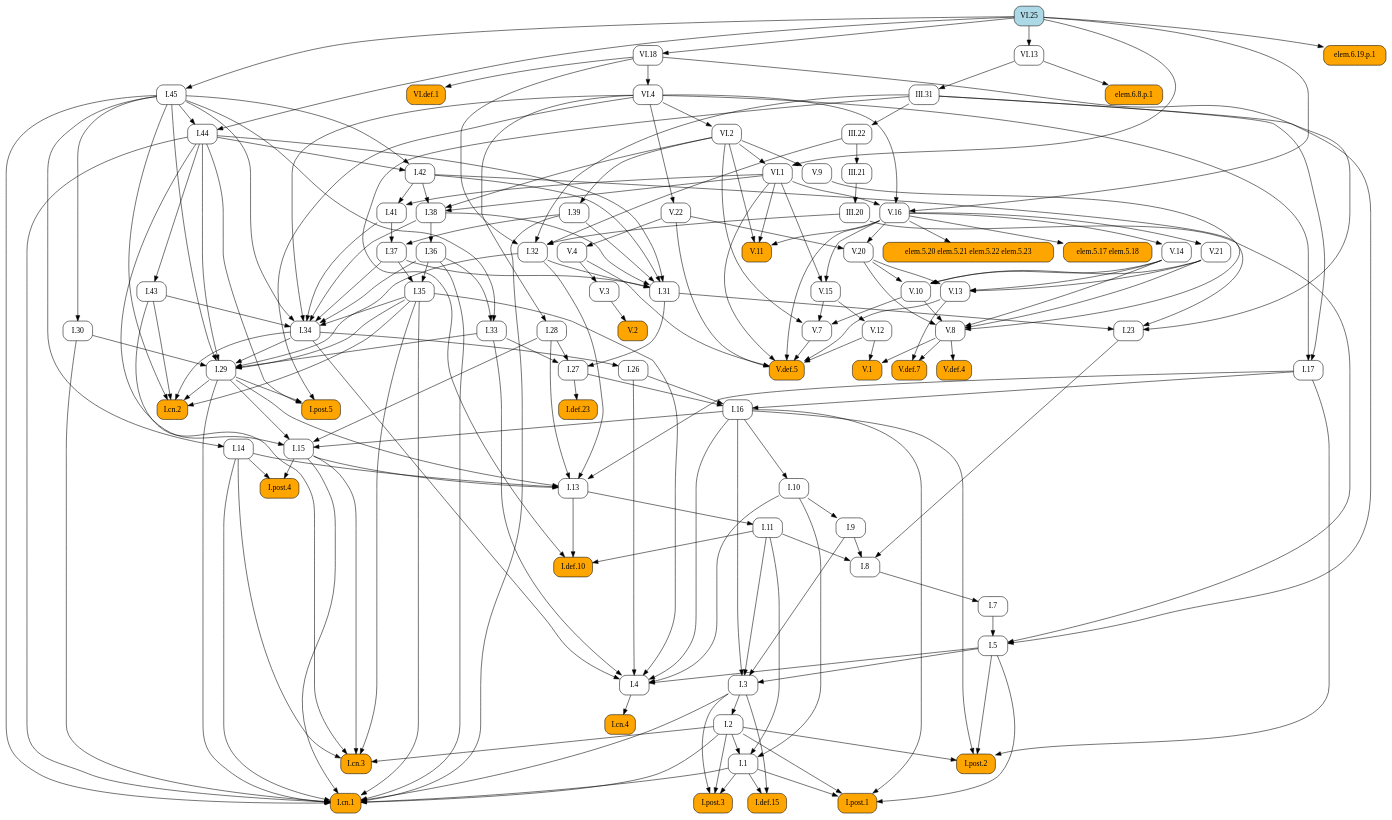
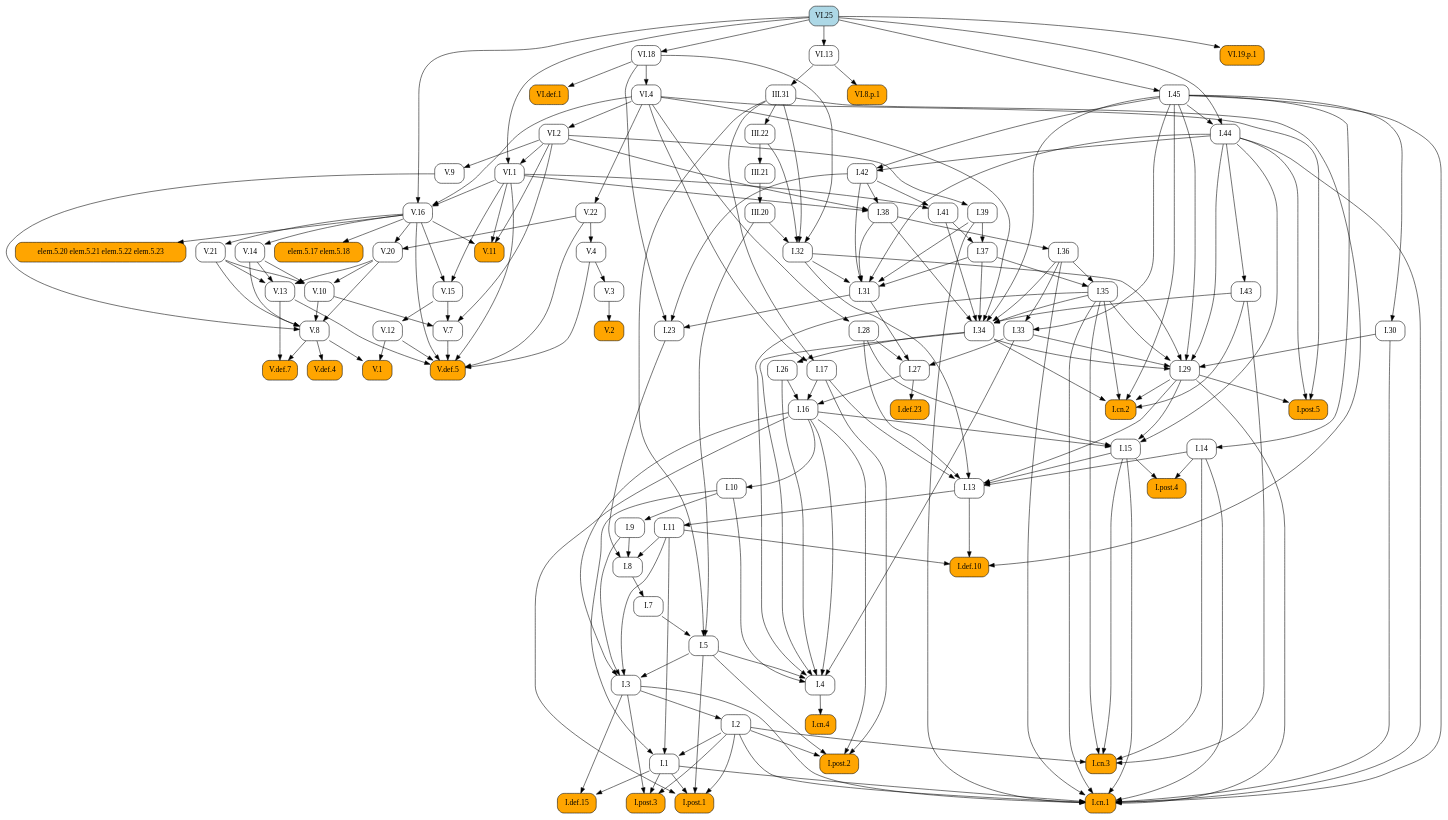
Before and after one commit to geometor/elements: the diagram in docsrc/heath/VI/25/index.rst, drawn with Graphviz. The commit also changed other lines of this file and 484 other files, not shown here.

```diff
--- a/docsrc/heath/VI/25/index.rst
+++ b/docsrc/heath/VI/25/index.rst
@@ -50,143 +50,133 @@
    digraph {
      rankdir="TB";
      node [shape=box, style=rounded];
+     "I.23" [URL="/heath/I/23/", target="_top"];
+     "I.9" [URL="/heath/I/9/", target="_top"];
+     "VI.def.1" [style="rounded,filled", fillcolor=orange, URL="/heath/VI/def.1/", target="_top"];
+     "V.13" [URL="/heath/V/13/", target="_top"];
+     "I.def.15" [style="rounded,filled", fillcolor=orange, URL="/heath/I/def.15/", target="_top"];
+     "V.7" [URL="/heath/V/7/", target="_top"];
+     "elem.5.17 elem.5.18" [style="rounded,filled", fillcolor=orange];
+     "I.post.1" [style="rounded,filled", fillcolor=orange, URL="/heath/I/post.1/", target="_top"];
+     "V.14" [URL="/heath/V/14/", target="_top"];
+     "III.20" [URL="/heath/III/20/", target="_top"];
+     "I.43" [URL="/heath/I/43/", target="_top"];
+     "V.9" [URL="/heath/V/9/", target="_top"];
+     "I.30" [URL="/heath/I/30/", target="_top"];
+     "I.31" [URL="/heath/I/31/", target="_top"];
+     "III.22" [URL="/heath/III/22/", target="_top"];
+     "V.10" [URL="/heath/V/10/", target="_top"];
      "I.def.10" [style="rounded,filled", fillcolor=orange, URL="/heath/I/def.10/", target="_top"];
+     "V.4" [URL="/heath/V/4/", target="_top"];
+     "VI.8.p.1" [style="rounded,filled", fillcolor=orange];
+     "VI.1" [URL="/heath/VI/1/", target="_top"];
+     "I.39" [URL="/heath/I/39/", target="_top"];
+     "I.14" [URL="/heath/I/14/", target="_top"];
+     "V.11" [style="rounded,filled", fillcolor=orange, URL="/heath/V/11/", target="_top"];
+     "I.34" [URL="/heath/I/34/", target="_top"];
+     "I.3" [URL="/heath/I/3/", target="_top"];
+     "V.def.4" [style="rounded,filled", fillcolor=orange, URL="/heath/V/def.4/", target="_top"];
+     "VI.25" [style="rounded,filled", fillcolor=lightblue, URL="/heath/VI/25/", target="_top"];
+     "V.def.7" [style="rounded,filled", fillcolor=orange, URL="/heath/V/def.7/", target="_top"];
+     "V.21" [URL="/heath/V/21/", target="_top"];
+     "I.2" [URL="/heath/I/2/", target="_top"];
+     "V.3" [URL="/heath/V/3/", target="_top"];
+     "I.13" [URL="/heath/I/13/", target="_top"];
+     "I.post.4" [style="rounded,filled", fillcolor=orange, URL="/heath/I/post.4/", target="_top"];
+     "I.4" [URL="/heath/I/4/", target="_top"];
+     "I.1" [URL="/heath/I/1/", target="_top"];
+     "I.8" [URL="/heath/I/8/", target="_top"];
+     "I.17" [URL="/heath/I/17/", target="_top"];
+     "I.45" [URL="/heath/I/45/", target="_top"];
+     "I.29" [URL="/heath/I/29/", target="_top"];
+     "I.38" [URL="/heath/I/38/", target="_top"];
+     "V.8" [URL="/heath/V/8/", target="_top"];
+     "I.15" [URL="/heath/I/15/", target="_top"];
+     "I.10" [URL="/heath/I/10/", target="_top"];
      "I.11" [URL="/heath/I/11/", target="_top"];
-     "I.post.4" [style="rounded,filled", fillcolor=orange, URL="/heath/I/post.4/", target="_top"];
-     "I.28" [URL="/heath/I/28/", target="_top"];
-     "I.1" [URL="/heath/I/1/", target="_top"];
+     "I.def.23" [style="rounded,filled", fillcolor=orange, URL="/heath/I/def.23/", target="_top"];
+     "I.44" [URL="/heath/I/44/", target="_top"];
+     "VI.4" [URL="/heath/VI/4/", target="_top"];
+     "I.26" [URL="/heath/I/26/", target="_top"];
+     "V.16" [URL="/heath/V/16/", target="_top"];
+     "I.33" [URL="/heath/I/33/", target="_top"];
+     "I.32" [URL="/heath/I/32/", target="_top"];
+     "I.post.3" [style="rounded,filled", fillcolor=orange, URL="/heath/I/post.3/", target="_top"];
+     "V.def.5" [style="rounded,filled", fillcolor=orange, URL="/heath/V/def.5/", target="_top"];
+     "I.42" [URL="/heath/I/42/", target="_top"];
+     "VI.13" [URL="/heath/VI/13/", target="_top"];
+     "V.20" [URL="/heath/V/20/", target="_top"];
+     "I.27" [URL="/heath/I/27/", target="_top"];
+     "V.12" [URL="/heath/V/12/", target="_top"];
+     "I.35" [URL="/heath/I/35/", target="_top"];
+     "I.cn.1" [style="rounded,filled", fillcolor=orange, URL="/heath/I/cn.1/", target="_top"];
+     "V.2" [style="rounded,filled", fillcolor=orange, URL="/heath/V/2/", target="_top"];
+     "I.7" [URL="/heath/I/7/", target="_top"];
+     "I.36" [URL="/heath/I/36/", target="_top"];
+     "I.5" [URL="/heath/I/5/", target="_top"];
+     "I.37" [URL="/heath/I/37/", target="_top"];
+     "VI.19.p.1" [style="rounded,filled", fillcolor=orange];
+     "I.cn.3" [style="rounded,filled", fillcolor=orange, URL="/heath/I/cn.3/", target="_top"];
+     "I.16" [URL="/heath/I/16/", target="_top"];
+     "III.31" [URL="/heath/III/31/", target="_top"];
      "VI.18" [URL="/heath/VI/18/", target="_top"];
-     "V.def.5" [style="rounded,filled", fillcolor=orange, URL="/heath/V/def.5/", target="_top"];
-     "III.20" [URL="/heath/III/20/", target="_top"];
-     "III.31" [URL="/heath/III/31/", target="_top"];
-     "V.13" [URL="/heath/V/13/", target="_top"];
-     "V.11" [style="rounded,filled", fillcolor=orange, URL="/heath/V/11/", target="_top"];
-     "I.post.3" [style="rounded,filled", fillcolor=orange, URL="/heath/I/post.3/", target="_top"];
-     "VI.1" [URL="/heath/VI/1/", target="_top"];
-     "I.cn.3" [style="rounded,filled", fillcolor=orange, URL="/heath/I/cn.3/", target="_top"];
-     "I.14" [URL="/heath/I/14/", target="_top"];
-     "V.16" [URL="/heath/V/16/", target="_top"];
-     "VI.4" [URL="/heath/VI/4/", target="_top"];
-     "V.3" [URL="/heath/V/3/", target="_top"];
-     "I.36" [URL="/heath/I/36/", target="_top"];
-     "I.41" [URL="/heath/I/41/", target="_top"];
-     "I.27" [URL="/heath/I/27/", target="_top"];
-     "V.8" [URL="/heath/V/8/", target="_top"];
-     "I.37" [URL="/heath/I/37/", target="_top"];
-     "I.34" [URL="/heath/I/34/", target="_top"];
-     "I.2" [URL="/heath/I/2/", target="_top"];
-     "I.def.23" [style="rounded,filled", fillcolor=orange, URL="/heath/I/def.23/", target="_top"];
-     "I.33" [URL="/heath/I/33/", target="_top"];
-     "I.17" [URL="/heath/I/17/", target="_top"];
-     "I.post.2" [style="rounded,filled", fillcolor=orange, URL="/heath/I/post.2/", target="_top"];
-     "I.45" [URL="/heath/I/45/", target="_top"];
-     "VI.def.1" [style="rounded,filled", fillcolor=orange, URL="/heath/VI/def.1/", target="_top"];
-     "I.42" [URL="/heath/I/42/", target="_top"];
-     "elem.5.20 elem.5.21 elem.5.22 elem.5.23" [style="rounded,filled", fillcolor=orange];
-     "I.9" [URL="/heath/I/9/", target="_top"];
-     "I.32" [URL="/heath/I/32/", target="_top"];
-     "V.def.4" [style="rounded,filled", fillcolor=orange, URL="/heath/V/def.4/", target="_top"];
-     "I.cn.4" [style="rounded,filled", fillcolor=orange, URL="/heath/I/cn.4/", target="_top"];
-     "I.15" [URL="/heath/I/15/", target="_top"];
-     "III.22" [URL="/heath/III/22/", target="_top"];
-     "I.38" [URL="/heath/I/38/", target="_top"];
-     "V.def.7" [style="rounded,filled", fillcolor=orange, URL="/heath/V/def.7/", target="_top"];
-     "I.5" [URL="/heath/I/5/", target="_top"];
-     "V.21" [URL="/heath/V/21/", target="_top"];
-     "I.39" [URL="/heath/I/39/", target="_top"];
-     "I.26" [URL="/heath/I/26/", target="_top"];
-     "V.14" [URL="/heath/V/14/", target="_top"];
-     "I.29" [URL="/heath/I/29/", target="_top"];
-     "V.12" [URL="/heath/V/12/", target="_top"];
+     "V.1" [style="rounded,filled", fillcolor=orange, URL="/heath/V/1/", target="_top"];
      "V.22" [URL="/heath/V/22/", target="_top"];
      "I.cn.2" [style="rounded,filled", fillcolor=orange, URL="/heath/I/cn.2/", target="_top"];
-     "V.20" [URL="/heath/V/20/", target="_top"];
-     "V.10" [URL="/heath/V/10/", target="_top"];
+     "I.post.5" [style="rounded,filled", fillcolor=orange, URL="/heath/I/post.5/", target="_top"];
+     "I.28" [URL="/heath/I/28/", target="_top"];
      "VI.2" [URL="/heath/VI/2/", target="_top"];
-     "I.def.15" [style="rounded,filled", fillcolor=orange, URL="/heath/I/def.15/", target="_top"];
+     "I.cn.4" [style="rounded,filled", fillcolor=orange, URL="/heath/I/cn.4/", target="_top"];
      "V.15" [URL="/heath/V/15/", target="_top"];
-     "I.cn.1" [style="rounded,filled", fillcolor=orange, URL="/heath/I/cn.1/", target="_top"];
-     "I.30" [URL="/heath/I/30/", target="_top"];
-     "V.7" [URL="/heath/V/7/", target="_top"];
-     "V.9" [URL="/heath/V/9/", target="_top"];
-     "I.23" [URL="/heath/I/23/", target="_top"];
-     "VI.25" [style="rounded,filled", fillcolor=lightblue, URL="/heath/VI/25/", target="_top"];
-     "I.43" [URL="/heath/I/43/", target="_top"];
-     "I.post.1" [style="rounded,filled", fillcolor=orange, URL="/heath/I/post.1/", target="_top"];
-     "elem.6.19.p.1" [style="rounded,filled", fillcolor=orange];
-     "I.35" [URL="/heath/I/35/", target="_top"];
-     "I.7" [URL="/heath/I/7/", target="_top"];
-     "I.3" [URL="/heath/I/3/", target="_top"];
-     "I.4" [URL="/heath/I/4/", target="_top"];
-     "I.13" [URL="/heath/I/13/", target="_top"];
-     "V.4" [URL="/heath/V/4/", target="_top"];
-     "I.31" [URL="/heath/I/31/", target="_top"];
-     "V.1" [style="rounded,filled", fillcolor=orange, URL="/heath/V/1/", target="_top"];
-     "I.16" [URL="/heath/I/16/", target="_top"];
-     "elem.5.17 elem.5.18" [style="rounded,filled", fillcolor=orange];
-     "I.8" [URL="/heath/I/8/", target="_top"];
-     "VI.13" [URL="/heath/VI/13/", target="_top"];
-     "V.2" [style="rounded,filled", fillcolor=orange, URL="/heath/V/2/", target="_top"];
+     "I.41" [URL="/heath/I/41/", target="_top"];
+     "I.post.2" [style="rounded,filled", fillcolor=orange, URL="/heath/I/post.2/", target="_top"];
      "III.21" [URL="/heath/III/21/", target="_top"];
-     "I.post.5" [style="rounded,filled", fillcolor=orange, URL="/heath/I/post.5/", target="_top"];
-     "I.44" [URL="/heath/I/44/", target="_top"];
-     "elem.6.8.p.1" [style="rounded,filled", fillcolor=orange];
-     "I.10" [URL="/heath/I/10/", target="_top"];
+     "elem.5.20 elem.5.21 elem.5.22 elem.5.23" [style="rounded,filled", fillcolor=orange];
+     "I.31" -> "I.23";
+     "I.42" -> "I.23";
+     "VI.18" -> "I.23";
+     "I.10" -> "I.9";
+     "VI.18" -> "VI.def.1";
+     "V.14" -> "V.13";
+     "V.20" -> "V.13";
+     "V.21" -> "V.13";
+     "I.1" -> "I.def.15";
+     "I.3" -> "I.def.15";
+     "V.10" -> "V.7";
+     "V.15" -> "V.7";
+     "VI.2" -> "V.7";
+     "V.16" -> "elem.5.17 elem.5.18";
+     "I.1" -> "I.post.1";
+     "I.2" -> "I.post.1";
+     "I.5" -> "I.post.1";
+     "I.16" -> "I.post.1";
+     "V.16" -> "V.14";
+     "III.21" -> "III.20";
+     "I.44" -> "I.43";
+     "VI.2" -> "V.9";
+     "I.45" -> "I.30";
+     "I.32" -> "I.31";
+     "I.37" -> "I.31";
+     "I.38" -> "I.31";
+     "I.39" -> "I.31";
+     "I.42" -> "I.31";
+     "I.44" -> "I.31";
+     "III.31" -> "III.22";
+     "V.14" -> "V.10";
+     "V.20" -> "V.10";
+     "V.21" -> "V.10";
      "I.11" -> "I.def.10";
      "I.13" -> "I.def.10";
      "III.31" -> "I.def.10";
-     "I.13" -> "I.11";
-     "I.14" -> "I.post.4";
-     "I.15" -> "I.post.4";
-     "VI.4" -> "I.28";
-     "I.2" -> "I.1";
-     "I.10" -> "I.1";
-     "I.11" -> "I.1";
-     "VI.25" -> "VI.18";
-     "V.4" -> "V.def.5";
-     "V.7" -> "V.def.5";
-     "V.12" -> "V.def.5";
-     "V.13" -> "V.def.5";
-     "V.16" -> "V.def.5";
-     "V.22" -> "V.def.5";
-     "VI.1" -> "V.def.5";
-     "III.21" -> "III.20";
-     "VI.13" -> "III.31";
-     "V.14" -> "V.13";
-     "V.20" -> "V.13";
-     "V.21" -> "V.13";
+     "V.22" -> "V.4";
+     "VI.13" -> "VI.8.p.1";
+     "VI.2" -> "VI.1";
+     "VI.25" -> "VI.1";
+     "VI.2" -> "I.39";
+     "I.45" -> "I.14";
      "V.16" -> "V.11";
      "VI.1" -> "V.11";
      "VI.2" -> "V.11";
-     "I.1" -> "I.post.3";
-     "I.2" -> "I.post.3";
-     "I.3" -> "I.post.3";
-     "VI.2" -> "VI.1";
-     "VI.25" -> "VI.1";
-     "I.2" -> "I.cn.3";
-     "I.14" -> "I.cn.3";
-     "I.15" -> "I.cn.3";
-     "I.35" -> "I.cn.3";
-     "I.43" -> "I.cn.3";
-     "I.45" -> "I.14";
-     "VI.1" -> "V.16";
-     "VI.4" -> "V.16";
-     "VI.25" -> "V.16";
-     "VI.18" -> "VI.4";
-     "V.4" -> "V.3";
-     "I.38" -> "I.36";
-     "I.42" -> "I.41";
-     "VI.1" -> "I.41";
-     "I.28" -> "I.27";
-     "I.31" -> "I.27";
-     "I.33" -> "I.27";
-     "V.9" -> "V.8";
-     "V.10" -> "V.8";
-     "V.14" -> "V.8";
-     "V.20" -> "V.8";
-     "V.21" -> "V.8";
-     "I.39" -> "I.37";
-     "I.41" -> "I.37";
      "I.35" -> "I.34";
      "I.36" -> "I.34";
      "I.37" -> "I.34";
@@ -195,45 +185,40 @@
      "I.43" -> "I.34";
      "I.45" -> "I.34";
      "VI.4" -> "I.34";
+     "I.5" -> "I.3";
+     "I.9" -> "I.3";
+     "I.11" -> "I.3";
+     "I.16" -> "I.3";
+     "V.8" -> "V.def.4";
+     "V.8" -> "V.def.7";
+     "V.13" -> "V.def.7";
+     "V.16" -> "V.21";
      "I.3" -> "I.2";
-     "I.27" -> "I.def.23";
-     "I.36" -> "I.33";
-     "I.45" -> "I.33";
+     "V.4" -> "V.3";
+     "I.14" -> "I.13";
+     "I.15" -> "I.13";
+     "I.17" -> "I.13";
+     "I.28" -> "I.13";
+     "I.29" -> "I.13";
+     "I.32" -> "I.13";
+     "I.14" -> "I.post.4";
+     "I.15" -> "I.post.4";
+     "I.5" -> "I.4";
+     "I.10" -> "I.4";
+     "I.16" -> "I.4";
+     "I.26" -> "I.4";
+     "I.33" -> "I.4";
+     "I.34" -> "I.4";
+     "I.35" -> "I.4";
+     "I.2" -> "I.1";
+     "I.10" -> "I.1";
+     "I.11" -> "I.1";
+     "I.9" -> "I.8";
+     "I.11" -> "I.8";
+     "I.23" -> "I.8";
      "III.31" -> "I.17";
      "VI.4" -> "I.17";
-     "I.2" -> "I.post.2";
-     "I.5" -> "I.post.2";
-     "I.16" -> "I.post.2";
-     "I.17" -> "I.post.2";
      "VI.25" -> "I.45";
-     "VI.18" -> "VI.def.1";
-     "I.44" -> "I.42";
-     "I.45" -> "I.42";
-     "V.16" -> "elem.5.20 elem.5.21 elem.5.22 elem.5.23";
-     "I.10" -> "I.9";
-     "III.20" -> "I.32";
-     "III.22" -> "I.32";
-     "III.31" -> "I.32";
-     "VI.18" -> "I.32";
-     "V.8" -> "V.def.4";
-     "I.4" -> "I.cn.4";
-     "I.16" -> "I.15";
-     "I.28" -> "I.15";
-     "I.29" -> "I.15";
-     "I.44" -> "I.15";
-     "III.31" -> "III.22";
-     "I.42" -> "I.38";
-     "VI.1" -> "I.38";
-     "VI.2" -> "I.38";
-     "V.8" -> "V.def.7";
-     "V.13" -> "V.def.7";
-     "I.7" -> "I.5";
-     "III.20" -> "I.5";
-     "III.31" -> "I.5";
-     "V.16" -> "V.21";
-     "VI.2" -> "I.39";
-     "I.34" -> "I.26";
-     "V.16" -> "V.14";
      "I.30" -> "I.29";
      "I.32" -> "I.29";
      "I.33" -> "I.29";
@@ -241,23 +226,55 @@
      "I.35" -> "I.29";
      "I.44" -> "I.29";
      "I.45" -> "I.29";
-     "V.15" -> "V.12";
-     "VI.4" -> "V.22";
-     "I.29" -> "I.cn.2";
-     "I.34" -> "I.cn.2";
-     "I.35" -> "I.cn.2";
-     "I.43" -> "I.cn.2";
-     "I.45" -> "I.cn.2";
+     "I.42" -> "I.38";
+     "VI.1" -> "I.38";
+     "VI.2" -> "I.38";
+     "V.9" -> "V.8";
+     "V.10" -> "V.8";
+     "V.14" -> "V.8";
+     "V.20" -> "V.8";
+     "V.21" -> "V.8";
+     "I.16" -> "I.15";
+     "I.28" -> "I.15";
+     "I.29" -> "I.15";
+     "I.44" -> "I.15";
+     "I.16" -> "I.10";
+     "I.13" -> "I.11";
+     "I.27" -> "I.def.23";
+     "I.45" -> "I.44";
+     "VI.25" -> "I.44";
+     "VI.18" -> "VI.4";
+     "I.34" -> "I.26";
+     "VI.1" -> "V.16";
+     "VI.4" -> "V.16";
+     "VI.25" -> "V.16";
+     "I.36" -> "I.33";
+     "I.45" -> "I.33";
+     "III.20" -> "I.32";
+     "III.22" -> "I.32";
+     "III.31" -> "I.32";
+     "VI.18" -> "I.32";
+     "I.1" -> "I.post.3";
+     "I.2" -> "I.post.3";
+     "I.3" -> "I.post.3";
+     "V.4" -> "V.def.5";
+     "V.7" -> "V.def.5";
+     "V.12" -> "V.def.5";
+     "V.13" -> "V.def.5";
+     "V.16" -> "V.def.5";
+     "V.22" -> "V.def.5";
+     "VI.1" -> "V.def.5";
+     "I.44" -> "I.42";
+     "I.45" -> "I.42";
+     "VI.25" -> "VI.13";
      "V.16" -> "V.20";
      "V.22" -> "V.20";
-     "V.14" -> "V.10";
-     "V.20" -> "V.10";
-     "V.21" -> "V.10";
-     "VI.4" -> "VI.2";
-     "I.1" -> "I.def.15";
-     "I.3" -> "I.def.15";
-     "V.16" -> "V.15";
-     "VI.1" -> "V.15";
+     "I.28" -> "I.27";
+     "I.31" -> "I.27";
+     "I.33" -> "I.27";
+     "V.15" -> "V.12";
+     "I.36" -> "I.35";
+     "I.37" -> "I.35";
      "I.1" -> "I.cn.1";
      "I.2" -> "I.cn.1";
      "I.3" -> "I.cn.1";
@@ -270,64 +287,47 @@
      "I.39" -> "I.cn.1";
      "I.44" -> "I.cn.1";
      "I.45" -> "I.cn.1";
-     "I.45" -> "I.30";
-     "V.10" -> "V.7";
-     "V.15" -> "V.7";
-     "VI.2" -> "V.7";
-     "VI.2" -> "V.9";
-     "I.31" -> "I.23";
-     "I.42" -> "I.23";
-     "VI.18" -> "I.23";
-     "I.44" -> "I.43";
-     "I.1" -> "I.post.1";
-     "I.2" -> "I.post.1";
-     "I.5" -> "I.post.1";
-     "I.16" -> "I.post.1";
-     "VI.25" -> "elem.6.19.p.1";
-     "I.36" -> "I.35";
-     "I.37" -> "I.35";
+     "V.3" -> "V.2";
      "I.8" -> "I.7";
-     "I.5" -> "I.3";
-     "I.9" -> "I.3";
-     "I.11" -> "I.3";
-     "I.16" -> "I.3";
-     "I.5" -> "I.4";
-     "I.10" -> "I.4";
-     "I.16" -> "I.4";
-     "I.26" -> "I.4";
-     "I.33" -> "I.4";
-     "I.34" -> "I.4";
-     "I.35" -> "I.4";
-     "I.14" -> "I.13";
-     "I.15" -> "I.13";
-     "I.17" -> "I.13";
-     "I.28" -> "I.13";
-     "I.29" -> "I.13";
-     "I.32" -> "I.13";
-     "V.22" -> "V.4";
-     "I.32" -> "I.31";
-     "I.37" -> "I.31";
-     "I.38" -> "I.31";
-     "I.39" -> "I.31";
-     "I.42" -> "I.31";
-     "I.44" -> "I.31";
-     "V.8" -> "V.1";
-     "V.12" -> "V.1";
+     "I.38" -> "I.36";
+     "I.7" -> "I.5";
+     "III.20" -> "I.5";
+     "III.31" -> "I.5";
+     "I.39" -> "I.37";
+     "I.41" -> "I.37";
+     "VI.25" -> "VI.19.p.1";
+     "I.2" -> "I.cn.3";
+     "I.14" -> "I.cn.3";
+     "I.15" -> "I.cn.3";
+     "I.35" -> "I.cn.3";
+     "I.43" -> "I.cn.3";
      "I.17" -> "I.16";
      "I.26" -> "I.16";
      "I.27" -> "I.16";
-     "V.16" -> "elem.5.17 elem.5.18";
-     "I.9" -> "I.8";
-     "I.11" -> "I.8";
-     "I.23" -> "I.8";
-     "VI.25" -> "VI.13";
-     "V.3" -> "V.2";
-     "III.22" -> "III.21";
+     "VI.13" -> "III.31";
+     "VI.25" -> "VI.18";
+     "V.8" -> "V.1";
+     "V.12" -> "V.1";
+     "VI.4" -> "V.22";
+     "I.29" -> "I.cn.2";
+     "I.34" -> "I.cn.2";
+     "I.35" -> "I.cn.2";
+     "I.43" -> "I.cn.2";
+     "I.45" -> "I.cn.2";
      "I.29" -> "I.post.5";
      "I.44" -> "I.post.5";
      "VI.4" -> "I.post.5";
-     "I.45" -> "I.44";
-     "VI.25" -> "I.44";
-     "VI.13" -> "elem.6.8.p.1";
-     "I.16" -> "I.10";
+     "VI.4" -> "I.28";
+     "VI.4" -> "VI.2";
+     "I.4" -> "I.cn.4";
+     "V.16" -> "V.15";
+     "VI.1" -> "V.15";
+     "I.42" -> "I.41";
+     "VI.1" -> "I.41";
+     "I.2" -> "I.post.2";
+     "I.5" -> "I.post.2";
+     "I.16" -> "I.post.2";
+     "I.17" -> "I.post.2";
+     "III.22" -> "III.21";
+     "V.16" -> "elem.5.20 elem.5.21 elem.5.22 elem.5.23";
    }
```
